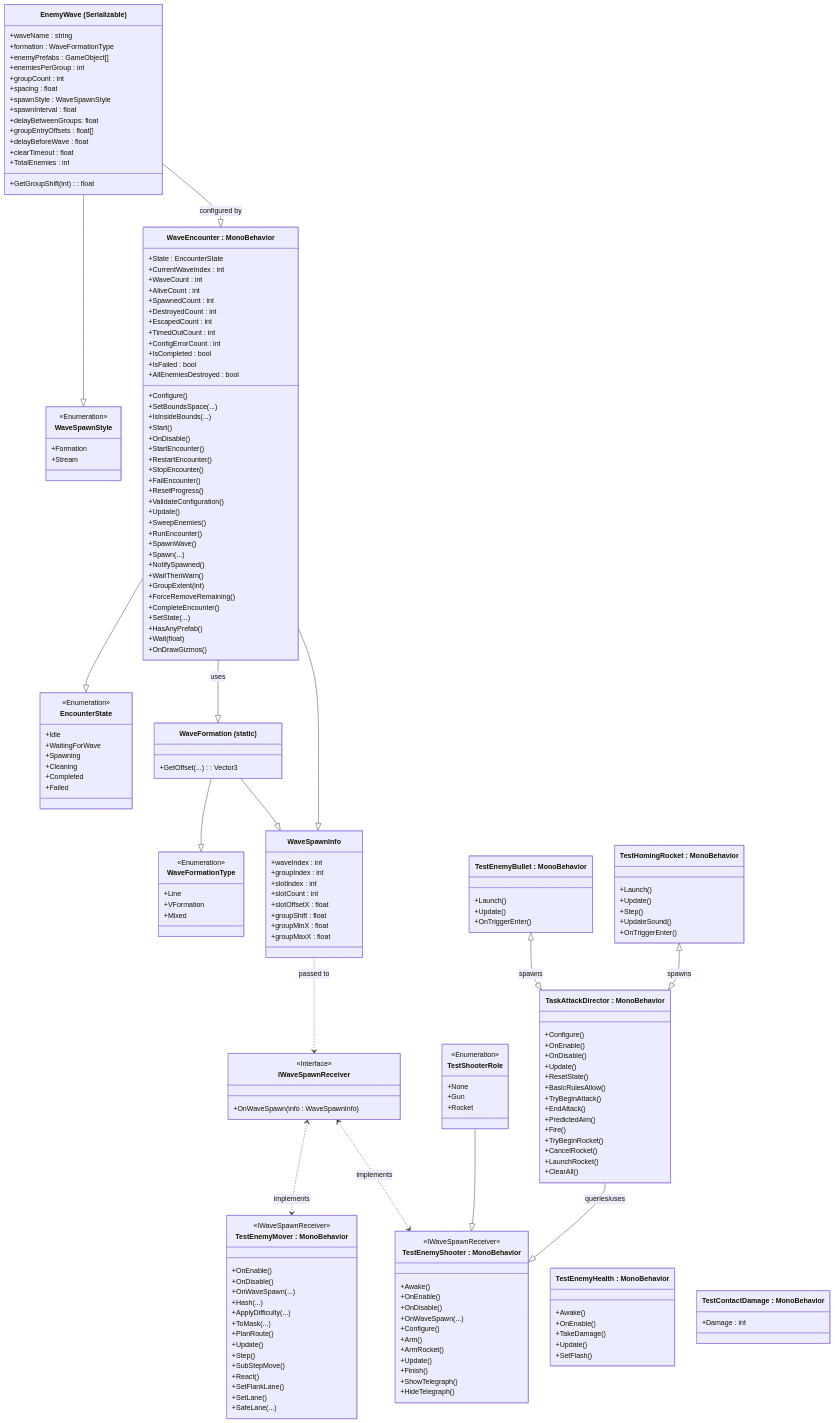
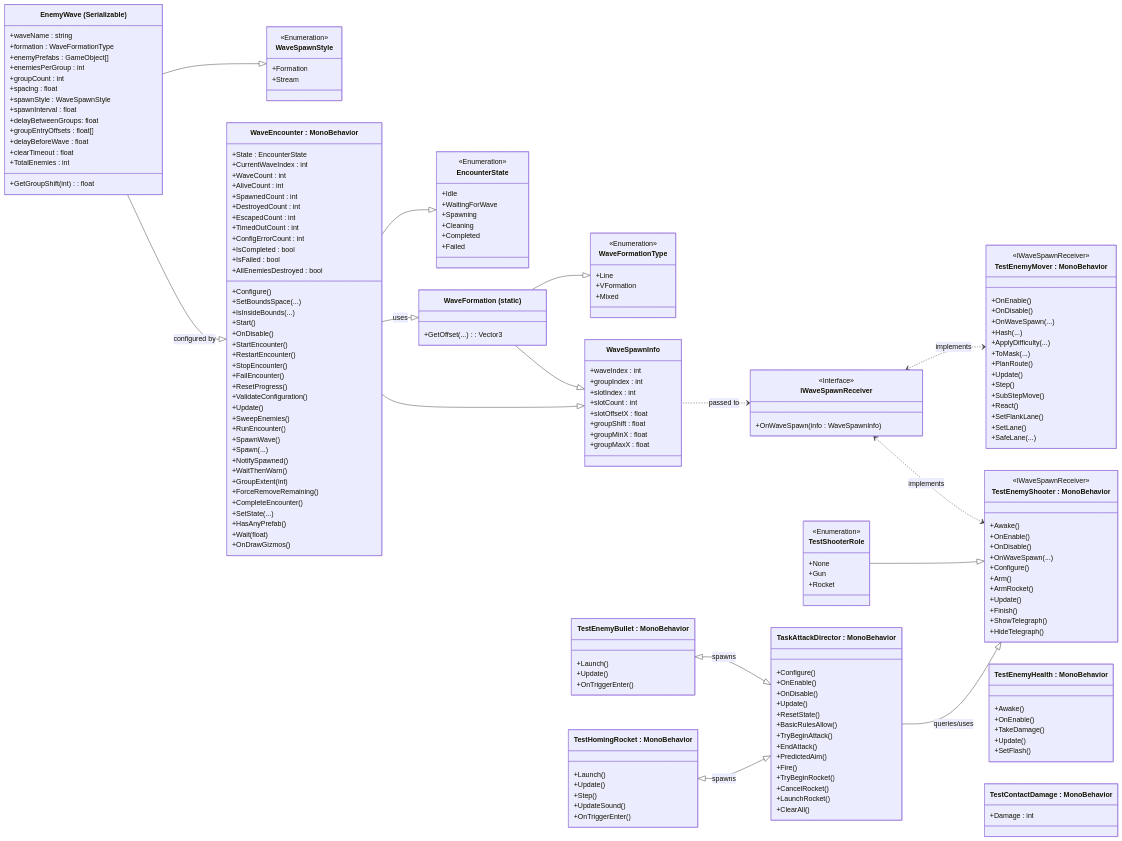
The diagram in NPCs-and-entities.md (TheSupremeXtream/COMP3770-Group5), drawn with Mermaid before and after one commit.

Commit message:
Diagram orientation fix

````diff
--- a/NPCs-and-entities.md
+++ b/NPCs-and-entities.md
@@ -207,6 +207,6 @@
 ```mermaid
 classDiagram
-    direction BT
+    direction RL
 
   class C1["WaveEncounter : MonoBehavior"] {
     +State : EncounterState
````
